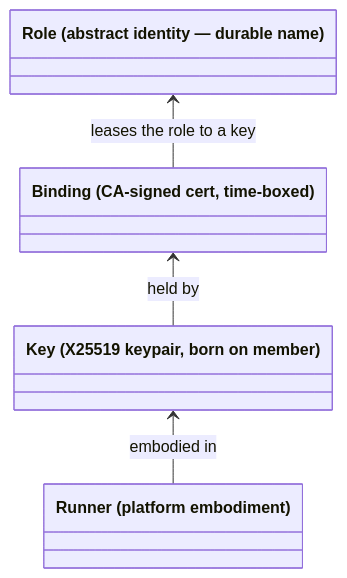
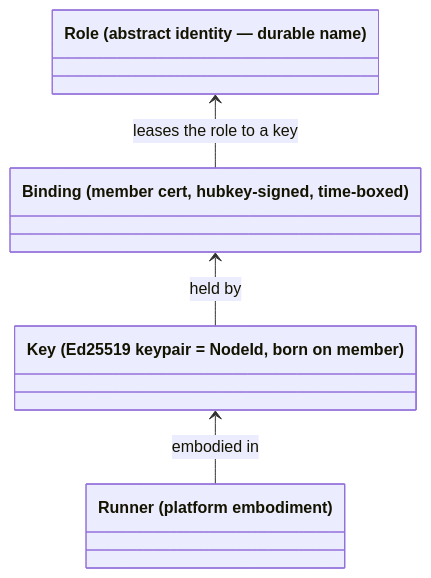
Before and after one commit to marnyg/talos-config: the first of 6 diagrams in docs/desired-state/domain-model.md, drawn with Mermaid. The commit also changed other lines of this file and 3 other files, not shown here.

Commit message:
docs: domain model synced to the nebula-free system (P4.2) — Key = Ed25519 NodeId, member cert binding, runners = one nodeagent, recipe→grants policy diagram, witnessed registration, enrollmsg v3 + name guard; goals: Mesh v2 is history, Mesh v3 at P4.2; two dangling nebstack/nebmachine comment refs

````diff
--- a/docs/desired-state/domain-model.md
+++ b/docs/desired-state/domain-model.md
@@ -69,10 +69,10 @@
 ```mermaid
 classDiagram
     class Role["Role (abstract identity — durable name)"]
-    class Binding["Binding (CA-signed cert, time-boxed)"]
-    class Key["Key (X25519 keypair, born on member)"]
+    class Binding["Binding (member cert, hubkey-signed, time-boxed)"]
+    class Key["Key (Ed25519 keypair = NodeId, born on member)"]
     class Runner["Runner (platform embodiment)"]
     Role <-- Binding : leases the role to a key
     Binding <-- Key : held by
     Key <-- Runner : embodied in
 ```
````
